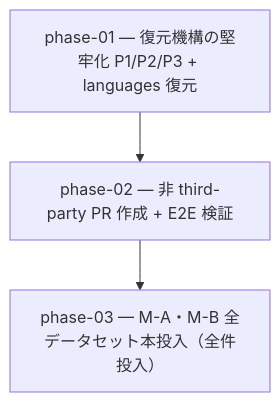
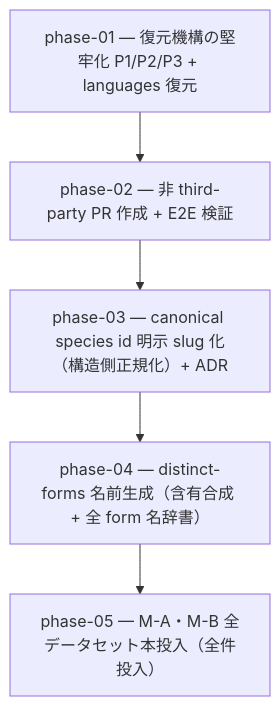
Before and after one commit to subroh0508/pokeform: the diagram in docs/roadmap/11-static-restore-hardening/README.md, drawn with Mermaid. The commit also changed other lines of this file and 6 other files, not shown here.

First line of the commit message:
docs(roadmap): plan 11 に distinct-forms 名対応の Phase 3-4 を挿入（本投入を Phase 5 へ繰り下げ）

````diff
--- a/docs/roadmap/11-static-restore-hardening/README.md
+++ b/docs/roadmap/11-static-restore-hardening/README.md
@@ -13,5 +14,7 @@
 ```mermaid
 flowchart TD
     P1[phase-01 — 復元機構の堅牢化 P1/P2/P3 + languages 復元] --> P2[phase-02 — 非 third-party PR 作成 + E2E 検証]
-    P2 --> P3[phase-03 — M-A・M-B 全データセット本投入（全件投入）]
+    P2 --> P3[phase-03 — canonical species id 明示 slug 化（構造側正規化）+ ADR]
+    P3 --> P4[phase-04 — distinct-forms 名前生成（含有合成 + 全 form 名辞書）]
+    P4 --> P5[phase-05 — M-A・M-B 全データセット本投入（全件投入）]
 ```
````
